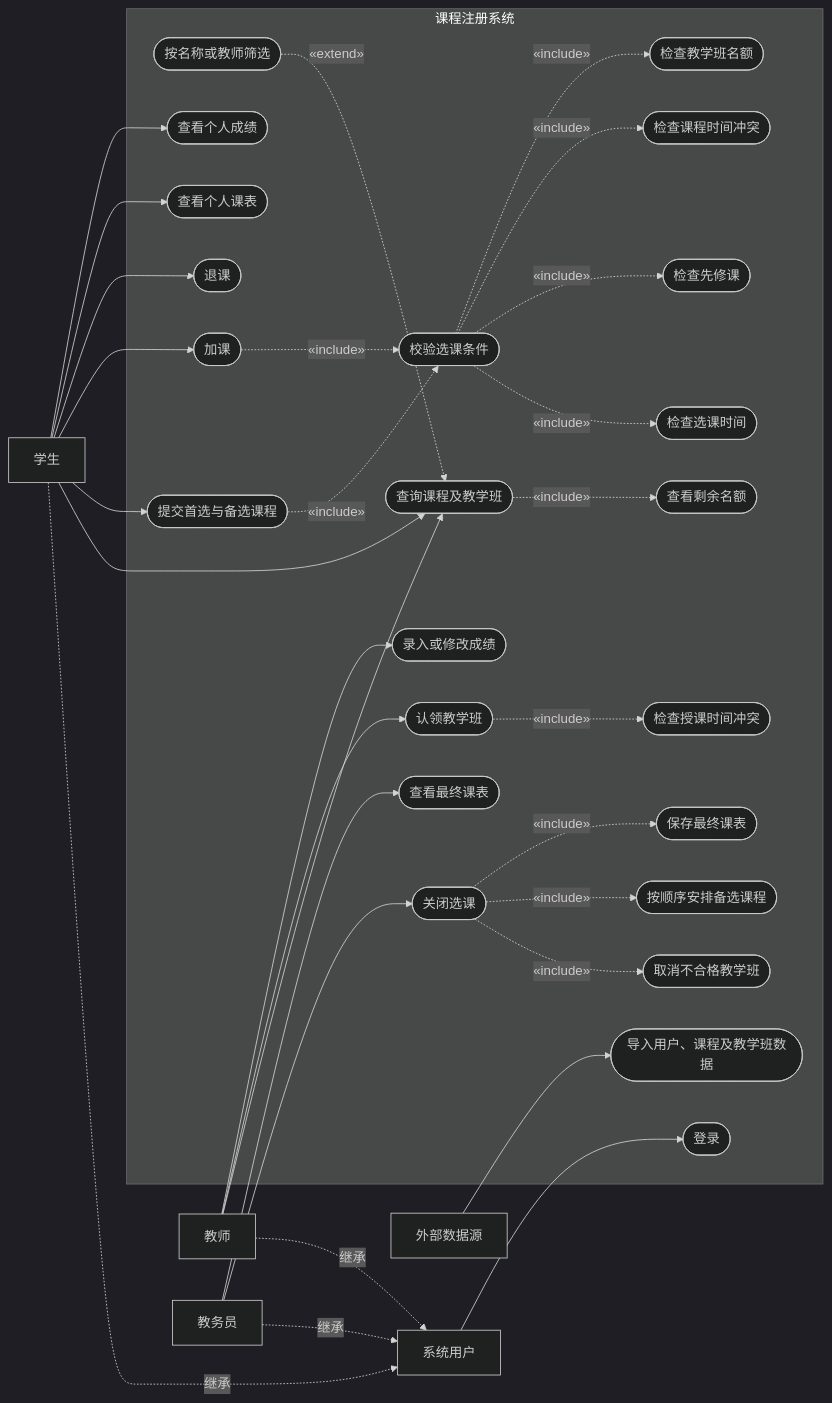
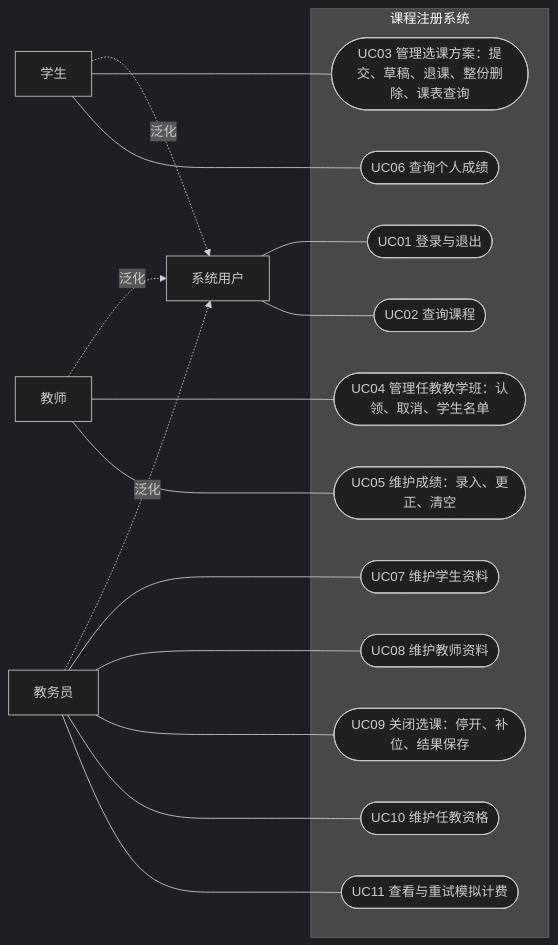
One commit to jwe148/- changed the diagram in 课程注册系统需求分析文档_media/课程注册系统用例图.mmd. Above: the diagram before and after it, drawn with Mermaid (dark theme). The commit also changed 40 other files, not shown here.

```diff
--- a/课程注册系统需求分析文档_media/课程注册系统用例图.mmd
+++ b/课程注册系统需求分析文档_media/课程注册系统用例图.mmd
@@ -1,63 +1,32 @@
 flowchart LR
     User["系统用户"]
     Student["学生"]
     Teacher["教师"]
     Admin["教务员"]
-    DataSource["外部数据源"]
-
-    Student -.->|继承| User
-    Teacher -.->|继承| User
-    Admin -.->|继承| User
-
+    Student -.->|泛化| User
+    Teacher -.->|泛化| User
+    Admin -.->|泛化| User
     subgraph System["课程注册系统"]
-        Login(["登录"])
-        ViewCourse(["查询课程及教学班"])
-        FilterCourse(["按名称或教师筛选"])
-        ViewCapacity(["查看剩余名额"])
-        SubmitSelection(["提交首选与备选课程"])
-        ValidateSelection(["校验选课条件"])
-        CheckPeriod(["检查选课时间"])
-        CheckPrerequisite(["检查先修课"])
-        CheckStudentConflict(["检查课程时间冲突"])
-        CheckCapacity(["检查教学班名额"])
-        AddCourse(["加课"])
-        DropCourse(["退课"])
-        ViewSchedule(["查看个人课表"])
-        ClaimOffering(["认领教学班"])
-        CheckTeacherConflict(["检查授课时间冲突"])
-        ManageGrades(["录入或修改成绩"])
-        CloseSelection(["关闭选课"])
-        CancelOffering(["取消不合格教学班"])
-        AllocateAlternative(["按顺序安排备选课程"])
-        SaveFinalSchedule(["保存最终课表"])
-        ViewFinalSchedule(["查看最终课表"])
-        ViewGrades(["查看个人成绩"])
-        ImportData(["导入用户、课程及教学班数据"])
+        UC01(["UC01 登录与退出"])
+        UC02(["UC02 查询课程"])
+        UC03(["UC03 管理选课方案：提交、草稿、退课、整份删除、课表查询"])
+        UC04(["UC04 管理任教教学班：认领、取消、学生名单"])
+        UC05(["UC05 维护成绩：录入、更正、清空"])
+        UC06(["UC06 查询个人成绩"])
+        UC07(["UC07 维护学生资料"])
+        UC08(["UC08 维护教师资料"])
+        UC09(["UC09 关闭选课：停开、补位、结果保存"])
+        UC10(["UC10 维护任教资格"])
+        UC11(["UC11 查看与重试模拟计费"])
     end
-
-    User --> Login
-    Student --> ViewCourse
-    Student --> SubmitSelection
-    Student --> AddCourse
-    Student --> DropCourse
-    Student --> ViewSchedule
-    Student --> ViewGrades
-    Teacher --> ViewCourse
-    Teacher --> ClaimOffering
-    Teacher --> ManageGrades
-    Admin --> CloseSelection
-    Admin --> ViewFinalSchedule
-    DataSource --> ImportData
-
-    FilterCourse -.->|«extend»| ViewCourse
-    ViewCourse -.->|«include»| ViewCapacity
-    SubmitSelection -.->|«include»| ValidateSelection
-    AddCourse -.->|«include»| ValidateSelection
-    ValidateSelection -.->|«include»| CheckPeriod
-    ValidateSelection -.->|«include»| CheckPrerequisite
-    ValidateSelection -.->|«include»| CheckStudentConflict
-    ValidateSelection -.->|«include»| CheckCapacity
-    ClaimOffering -.->|«include»| CheckTeacherConflict
-    CloseSelection -.->|«include»| CancelOffering
-    CloseSelection -.->|«include»| AllocateAlternative
-    CloseSelection -.->|«include»| SaveFinalSchedule
+    User --- UC01
+    User --- UC02
+    Student --- UC03
+    Student --- UC06
+    Teacher --- UC04
+    Teacher --- UC05
+    Admin --- UC07
+    Admin --- UC08
+    Admin --- UC09
+    Admin --- UC10
+    Admin --- UC11
```
